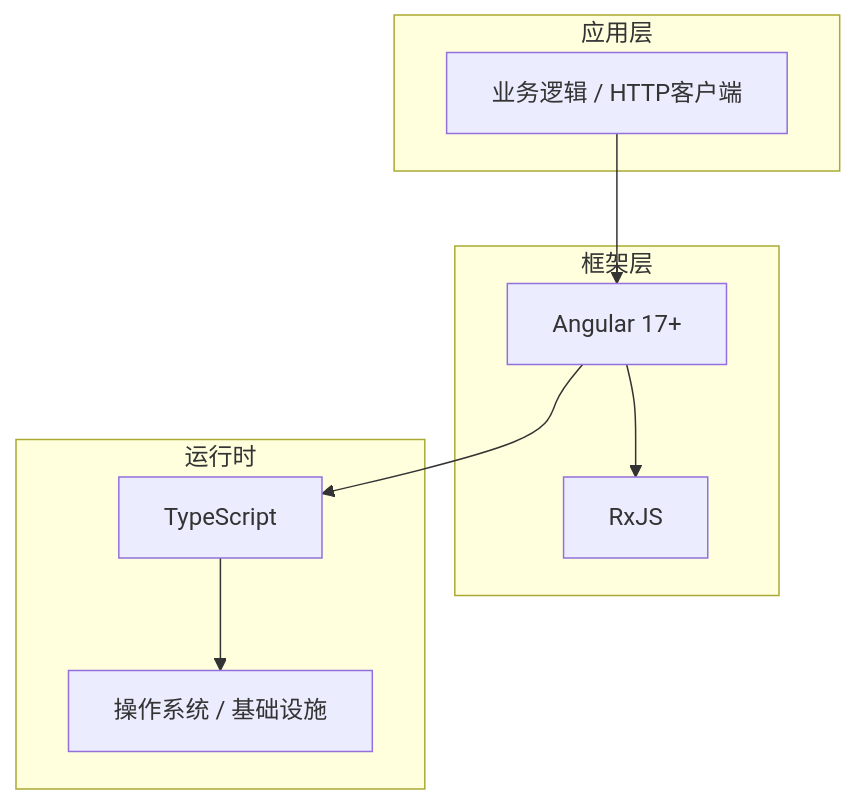
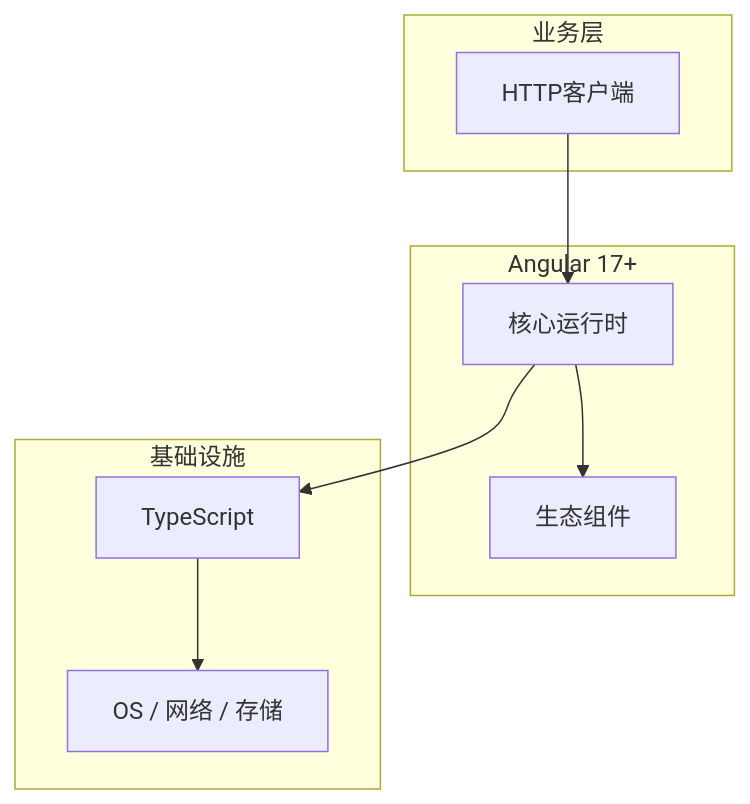
One commit to yanggan2015/knowledge-json-v2 changed the diagram in articles/Angular/chapters/051-HTTP客户端核心概念与原理.md. Above: the diagram before and after it, drawn with Mermaid. The commit also changed other lines of this file and 10127 other files, not shown here.

````diff
--- a/articles/Angular/chapters/051-HTTP客户端核心概念与原理.md
+++ b/articles/Angular/chapters/051-HTTP客户端核心概念与原理.md
@@ -45,18 +34,18 @@
 ```mermaid
 graph TB
-    subgraph 应用层
-        A[业务逻辑 / HTTP客户端]
+    subgraph 业务层
+        A[HTTP客户端]
     end
-    subgraph 框架层
-        B[Angular 17+]
-        C[RxJS]
+    subgraph Angular 17+
+        B[核心运行时]
+        C[生态组件]
     end
-    subgraph 运行时
+    subgraph 基础设施
         D[TypeScript]
-        E[操作系统 / 基础设施]
+        E[OS / 网络 / 存储]
     end
     A --> B
     B --> C
     B --> D
     D --> E
 ```
````
